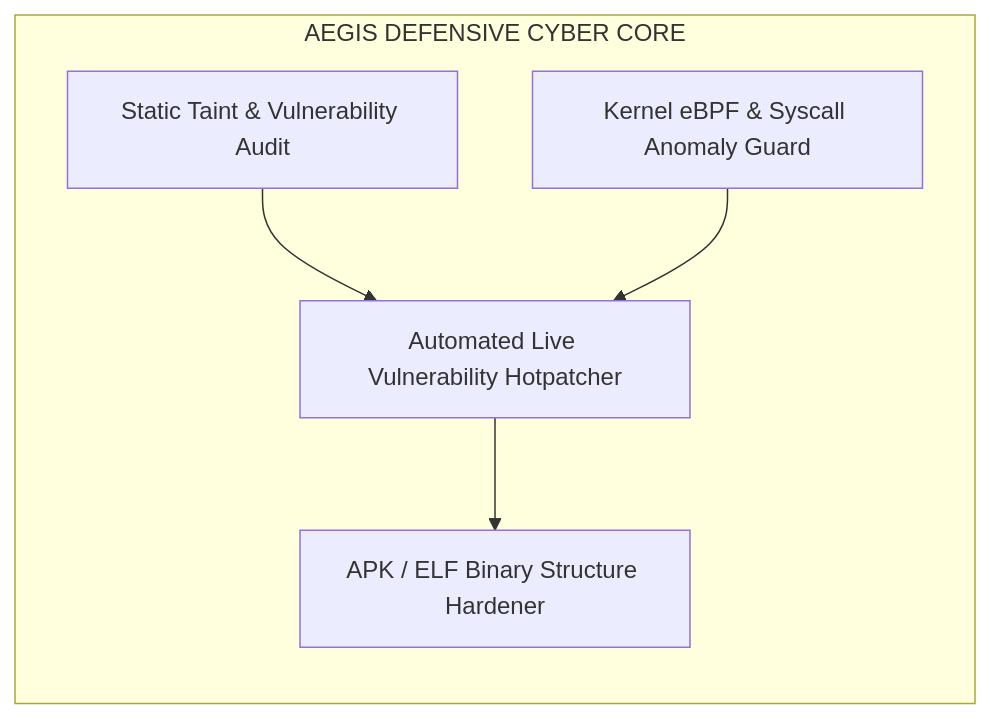
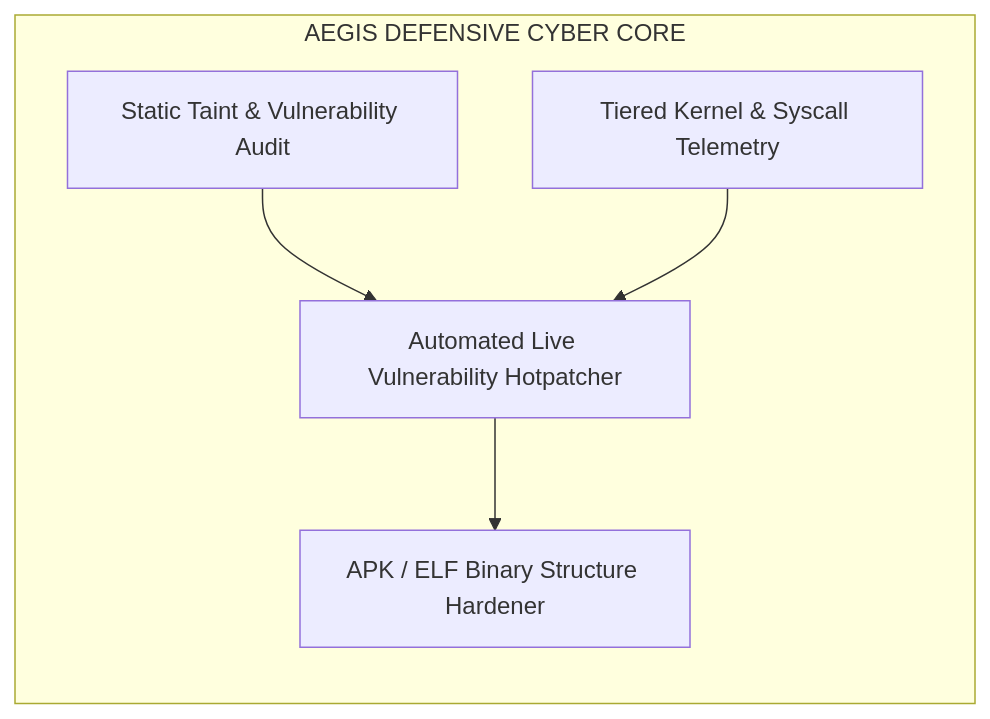
The second of 3 diagrams in docs/CYBER_AND_PROGRAMMING_MASTERY.md (Imperialorg/Eonba), drawn with Mermaid before and after one commit. The commit also changed other lines of this file and 24 other files, not shown here.

````diff
--- a/docs/CYBER_AND_PROGRAMMING_MASTERY.md
+++ b/docs/CYBER_AND_PROGRAMMING_MASTERY.md
@@ -63,13 +94,13 @@
 ```mermaid
 graph LR
     subgraph Defensive_Aegis["AEGIS DEFENSIVE CYBER CORE"]
         StaticAudit["Static Taint & Vulnerability Audit"]
-        KernelMonitor["Kernel eBPF & Syscall Anomaly Guard"]
+        KernelMonitor["Tiered Kernel & Syscall Telemetry"]
         AutoPatcher["Automated Live Vulnerability Hotpatcher"]
         BinaryArmor["APK / ELF Binary Structure Hardener"]
     end
 
     StaticAudit --> AutoPatcher
     KernelMonitor --> AutoPatcher
     AutoPatcher --> BinaryArmor
 ```
````
